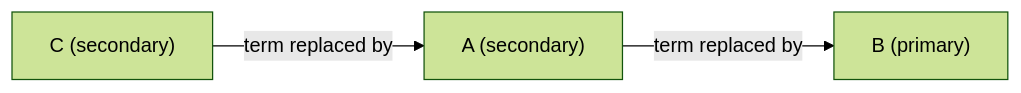
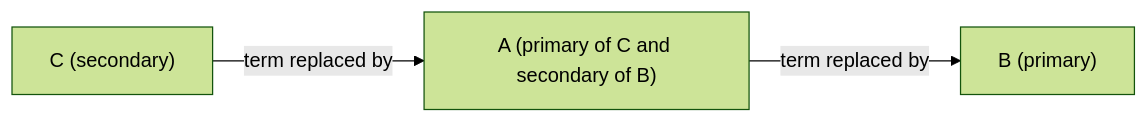
One commit to jmillanacosta/pysec2pri changed the second of 4 diagrams in README.md. Above: the diagram before and after it, drawn with Mermaid (forest theme).

Commit message:
Some clarification

````diff
--- a/README.md
+++ b/README.md
@@ -144,5 +144,5 @@
 ```mermaid
 flowchart LR
-    A["A (secondary)"] -->|term replaced by| B["B (primary)"]
+    A["A (primary of C and secondary of B)"] -->|term replaced by| B["B (primary)"]
     C["C (secondary)"] -->|term replaced by| A
 ```
````
